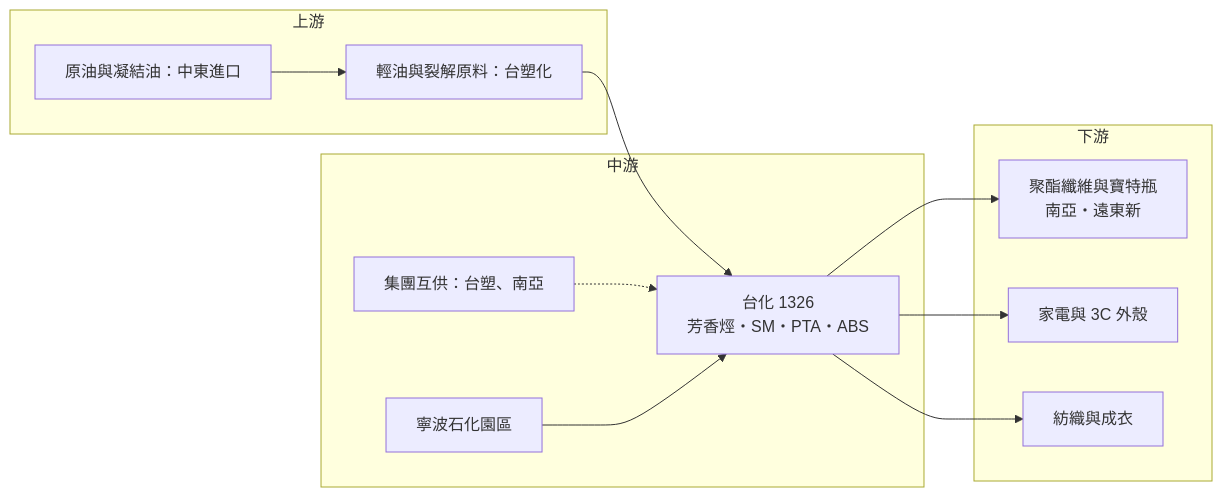
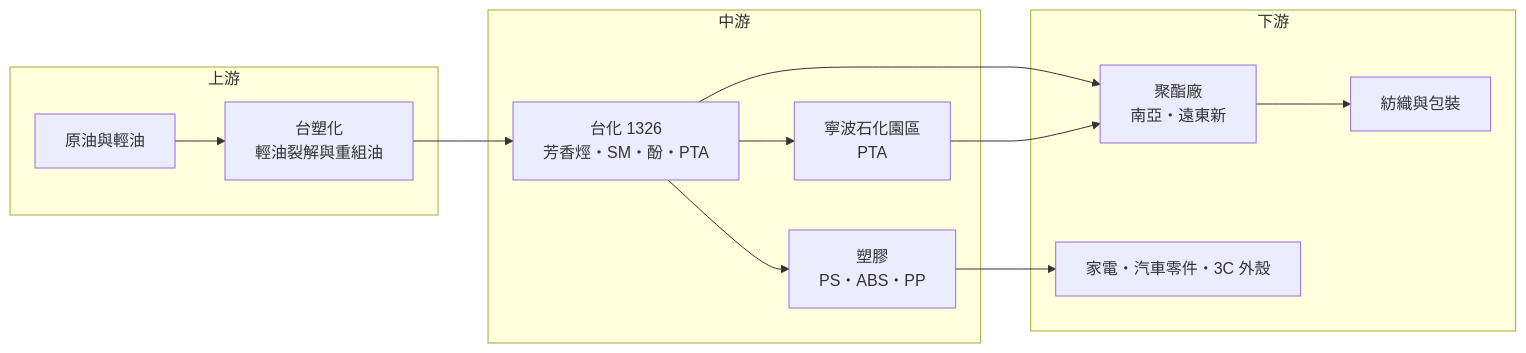
The third of 3 diagrams in 個股/台股/1326台化.md (wangnick1004/taiwan-stock-vault), drawn with Mermaid before and after one commit. The commit also changed other lines of this file and 16 other files, not shown here.

````diff
--- a/個股/台股/1326台化.md
+++ b/個股/台股/1326台化.md
@@ -203,24 +210,25 @@
 ```mermaid
 flowchart LR
     subgraph 上游
-        A1[輕油與裂解原料：台塑化]
-        A2[原油與凝結油：中東進口]
+        A1[原油與輕油]
+        A2[台塑化<br/>輕油裂解與重組油]
     end
     subgraph 中游
-        B[台化 1326<br/>芳香烴・SM・PTA・ABS]
-        B1[集團互供：台塑、南亞]
-        B2[寧波石化園區]
+        B[台化 1326<br/>芳香烴・SM・酚・PTA]
+        B2[寧波石化園區<br/>PTA]
+        B3[塑膠<br/>PS・ABS・PP]
     end
     subgraph 下游
-        C1[聚酯纖維與寶特瓶<br/>南亞・遠東新]
-        C2[家電與 3C 外殼]
-        C3[紡織與成衣]
+        C1[聚酯廠<br/>南亞・遠東新]
+        C2[家電・汽車零件・3C 外殼]
+        C3[紡織與包裝]
     end
-    A1 --> B
-    A2 --> A1
-    B1 -.-> B
-    B2 --> B
+    A1 --> A2
+    A2 --> B
+    B --> B2
+    B --> B3
     B --> C1
-    B --> C2
-    B --> C3
+    B2 --> C1
+    B3 --> C2
+    C1 --> C3
 ```
````
